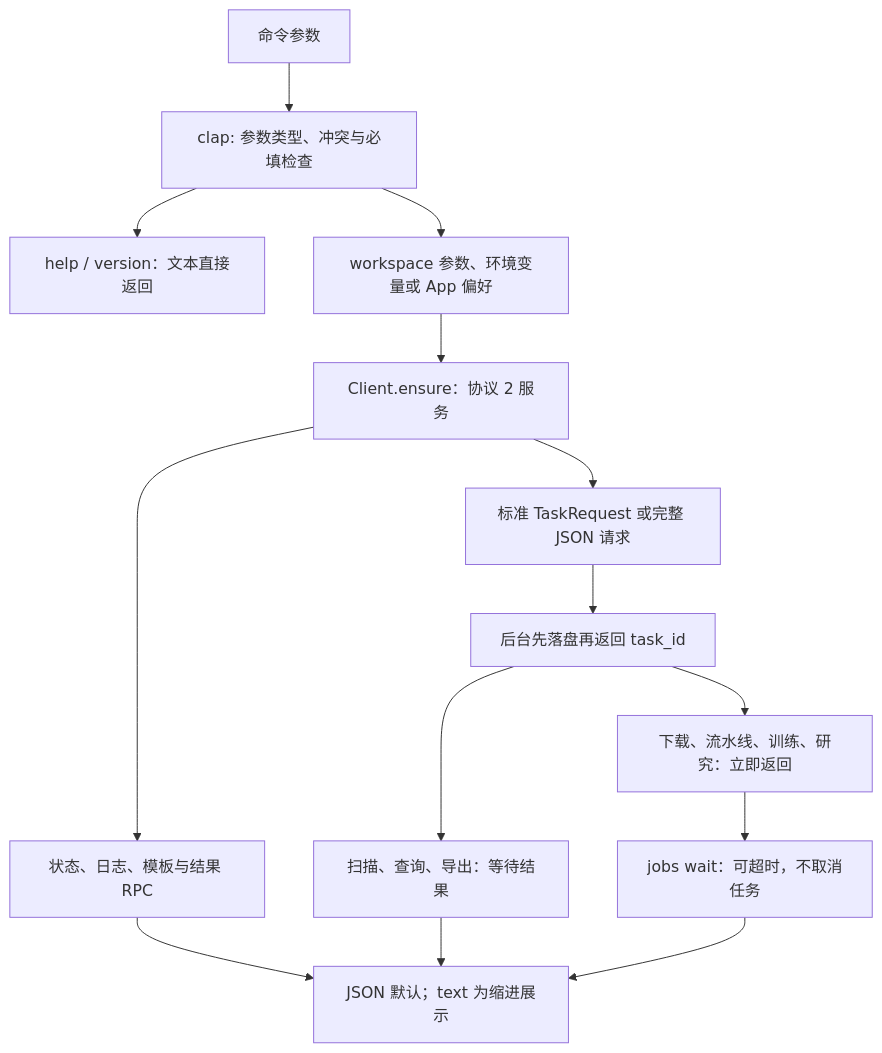
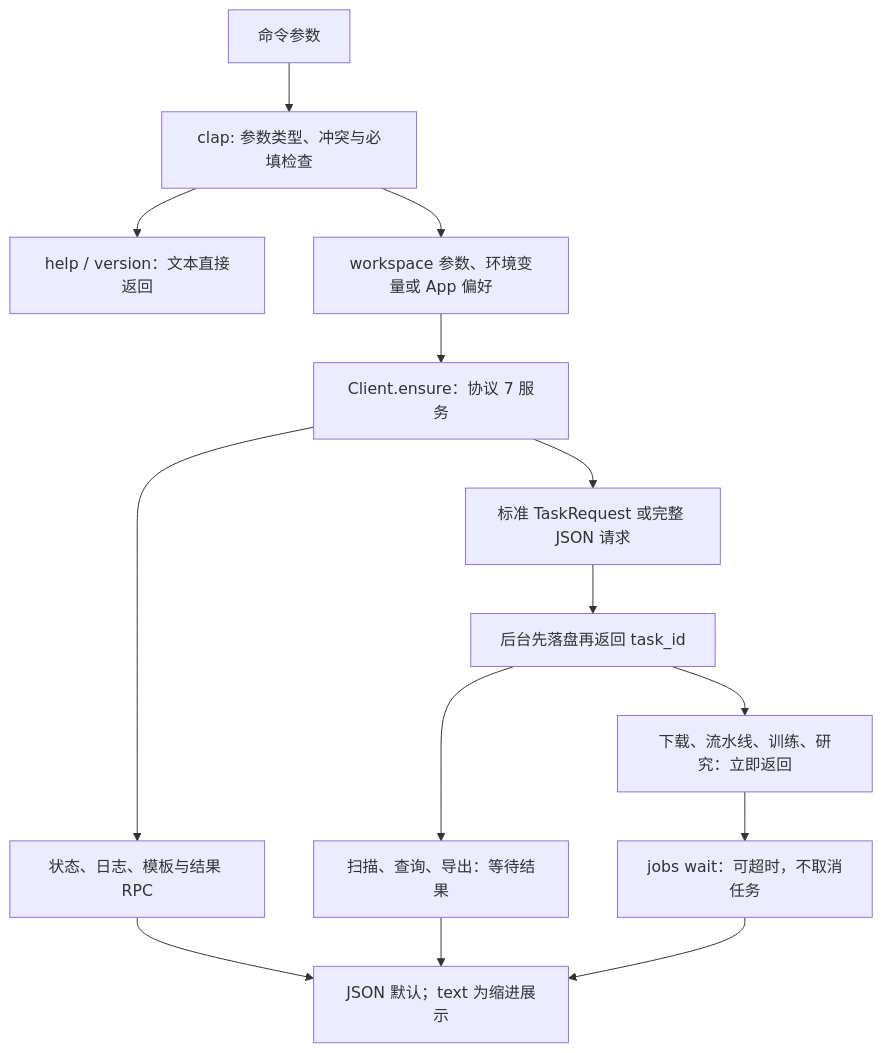
The first of 3 diagrams in crates/cli/src/README.md (Dennishaha/JFQuant), drawn with Mermaid before and after one commit. The commit also changed other lines of this file and 100 other files, not shown here.

````diff
--- a/crates/cli/src/README.md
+++ b/crates/cli/src/README.md
@@ -11,16 +11,16 @@
 ```mermaid
 flowchart TD
   ARGS["命令参数"] --> PARSE["clap: 参数类型、冲突与必填检查"]
   PARSE --> HELP["help / version：文本直接返回"]
   PARSE --> WS["workspace 参数、环境变量或 App 偏好"]
-  WS --> CLIENT["Client.ensure：协议 2 服务"]
+  WS --> CLIENT["Client.ensure：协议 7 服务"]
   CLIENT --> CONTROL["状态、日志、模板与结果 RPC"]
   CLIENT --> REQ["标准 TaskRequest 或完整 JSON 请求"]
   REQ --> SUB["后台先落盘再返回 task_id"]
   SUB --> ASYNC["下载、流水线、训练、研究：立即返回"]
   SUB --> WAIT["扫描、查询、导出：等待结果"]
   ASYNC --> EXPLICIT["jobs wait：可超时，不取消任务"]
   CONTROL --> OUT["JSON 默认；text 为缩进展示"]
   WAIT --> OUT
   EXPLICIT --> OUT
 ```
````
